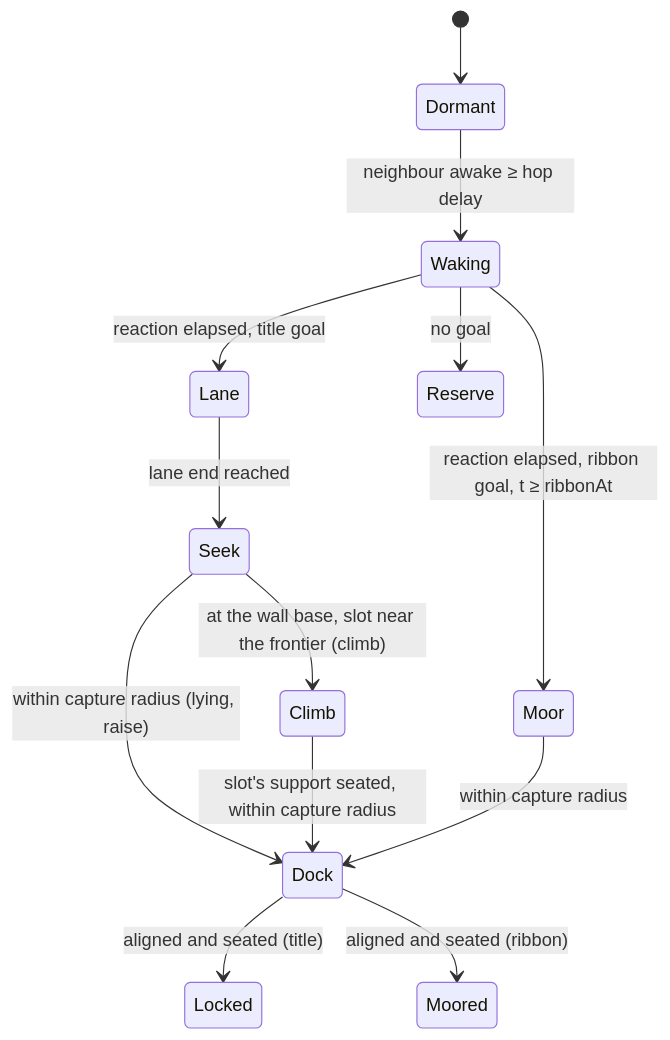
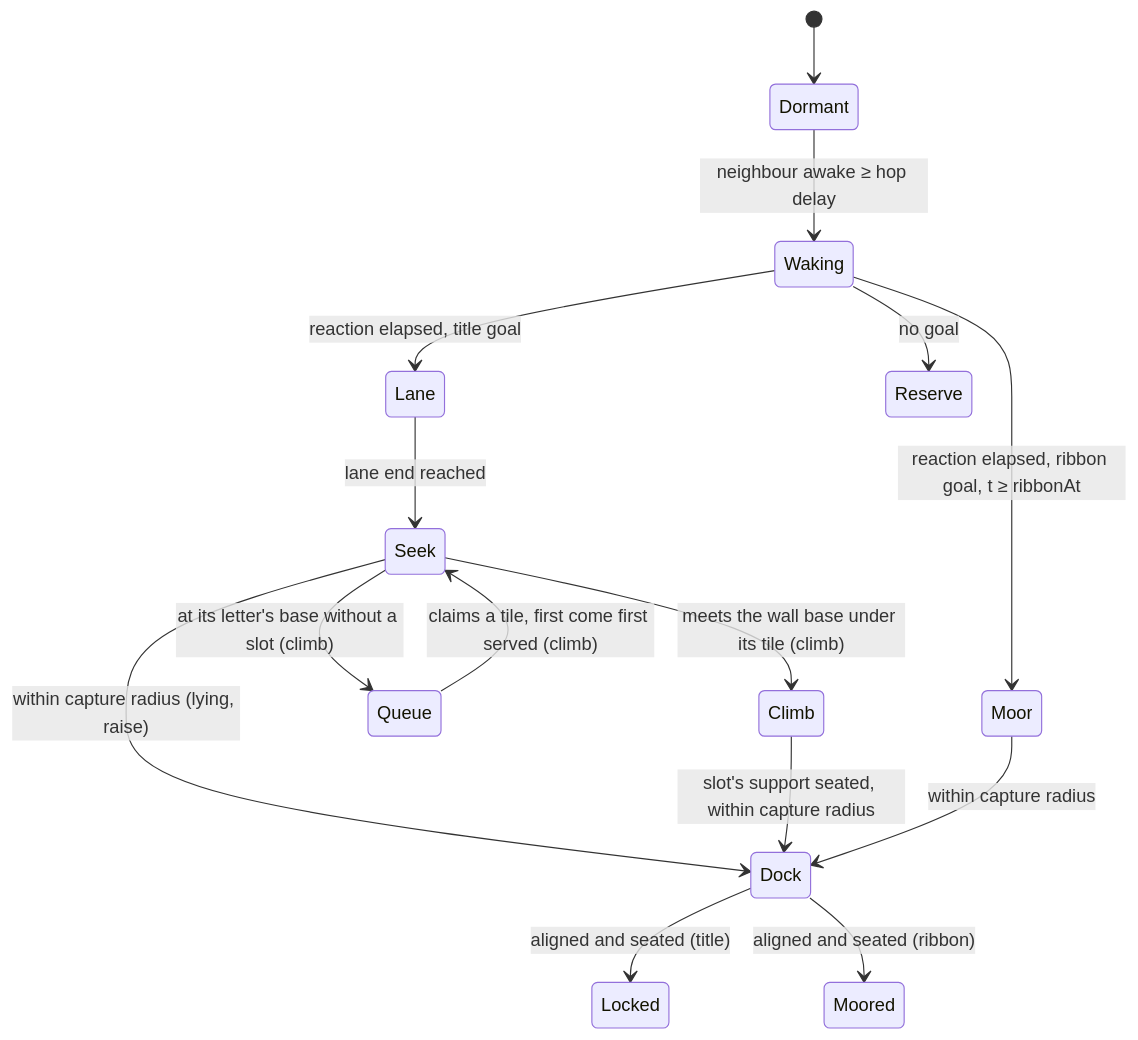
The diagram in docs/concepts/phase15-experience/nanite-swarm-design.md (CraigHutchinson/Crucible), drawn with Mermaid before and after one commit. The commit also changed other lines of this file and 21 other files, not shown here.

````diff
--- a/docs/concepts/phase15-experience/nanite-swarm-design.md
+++ b/docs/concepts/phase15-experience/nanite-swarm-design.md
@@ -104,15 +113,17 @@
 ```mermaid
 stateDiagram-v2
     [*] --> Dormant
     Dormant --> Waking: neighbour awake ≥ hop delay
     Waking --> Lane: reaction elapsed, title goal
     Waking --> Moor: reaction elapsed, ribbon goal, t ≥ ribbonAt
     Waking --> Reserve: no goal
     Lane --> Seek: lane end reached
     Seek --> Dock: within capture radius (lying, raise)
-    Seek --> Climb: at the wall base, slot near the frontier (climb)
+    Seek --> Queue: at its letter's base without a slot (climb)
+    Queue --> Seek: claims a tile, first come first served (climb)
+    Seek --> Climb: meets the wall base under its tile (climb)
     Climb --> Dock: slot's support seated, within capture radius
     Moor --> Dock: within capture radius
     Dock --> Locked: aligned and seated (title)
     Dock --> Moored: aligned and seated (ribbon)
 ```
````
